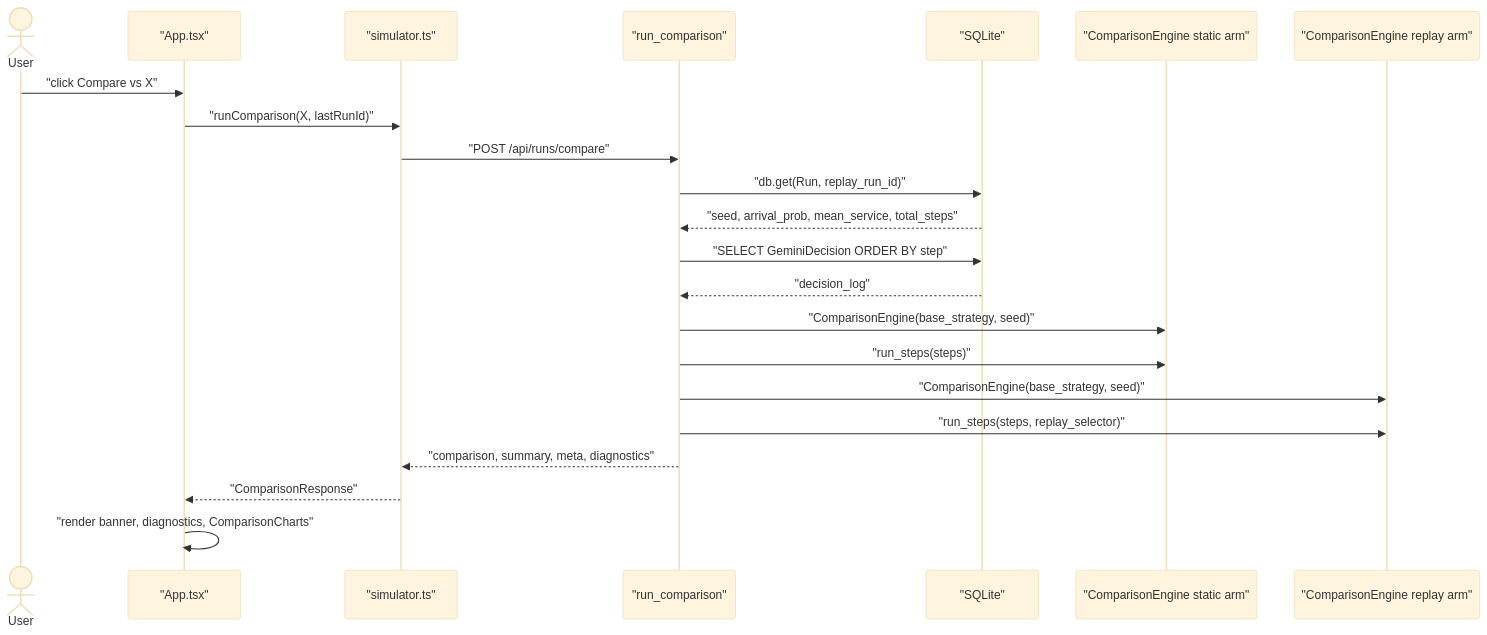
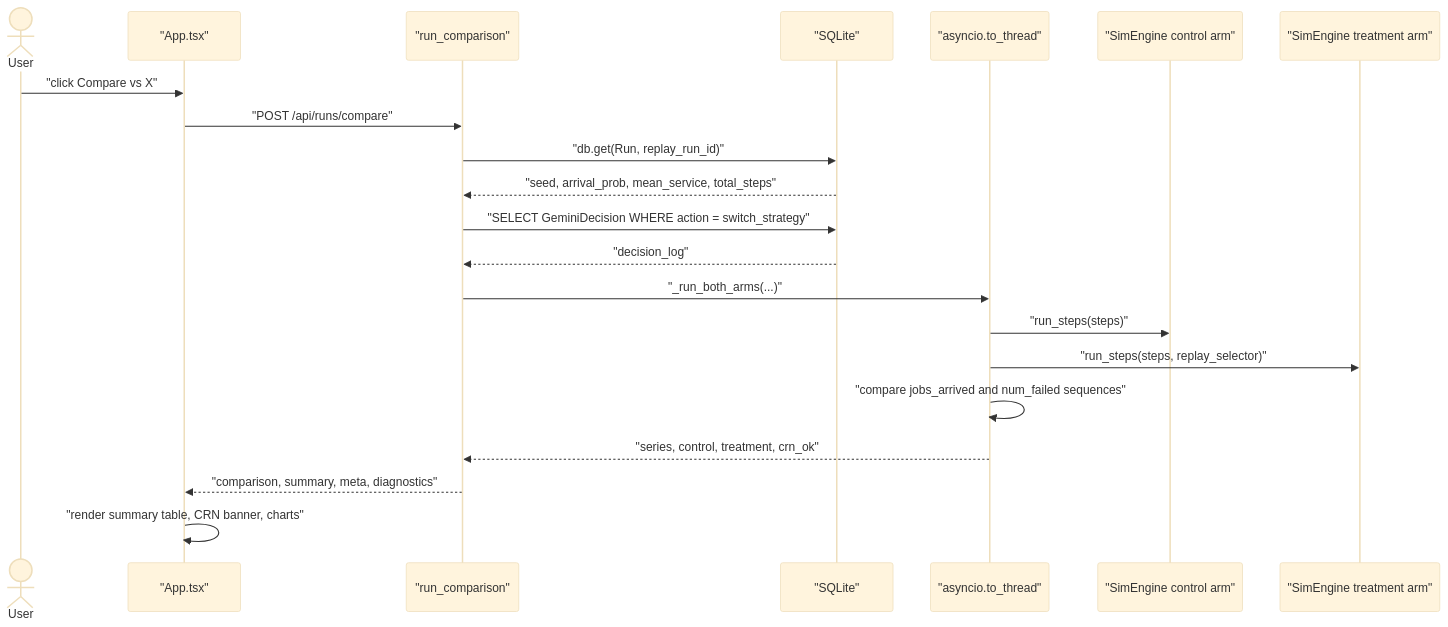
The fourth of 7 diagrams in README.md (ashmeenkhaira/SchedulerAI-orchestrator), drawn with Mermaid (base theme) before and after one commit. The commit also changed other lines of this file, not shown here.

````diff
--- a/README.md
+++ b/README.md
@@ -901,25 +616,24 @@
 ```mermaid
 sequenceDiagram
     actor User
     participant App as "App.tsx"
-    participant Sim as "simulator.ts"
     participant Router as "run_comparison"
     participant DB as "SQLite"
-    participant Static as "ComparisonEngine static arm"
-    participant AI as "ComparisonEngine replay arm"
+    participant Thread as "asyncio.to_thread"
+    participant Control as "SimEngine control arm"
+    participant Treatment as "SimEngine treatment arm"
 
     User->>App: "click Compare vs X"
-    App->>Sim: "runComparison(X, lastRunId)"
-    Sim->>Router: "POST /api/runs/compare"
+    App->>Router: "POST /api/runs/compare"
     Router->>DB: "db.get(Run, replay_run_id)"
     DB-->>Router: "seed, arrival_prob, mean_service, total_steps"
-    Router->>DB: "SELECT GeminiDecision ORDER BY step"
+    Router->>DB: "SELECT GeminiDecision WHERE action = switch_strategy"
     DB-->>Router: "decision_log"
-    Router->>Static: "ComparisonEngine(base_strategy, seed)"
-    Router->>Static: "run_steps(steps)"
-    Router->>AI: "ComparisonEngine(base_strategy, seed)"
-    Router->>AI: "run_steps(steps, replay_selector)"
-    Router-->>Sim: "comparison, summary, meta, diagnostics"
-    Sim-->>App: "ComparisonResponse"
-    App->>App: "render banner, diagnostics, ComparisonCharts"
+    Router->>Thread: "_run_both_arms(...)"
+    Thread->>Control: "run_steps(steps)"
+    Thread->>Treatment: "run_steps(steps, replay_selector)"
+    Thread->>Thread: "compare jobs_arrived and num_failed sequences"
+    Thread-->>Router: "series, control, treatment, crn_ok"
+    Router-->>App: "comparison, summary, meta, diagnostics"
+    App->>App: "render summary table, CRN banner, charts"
 ```
````
